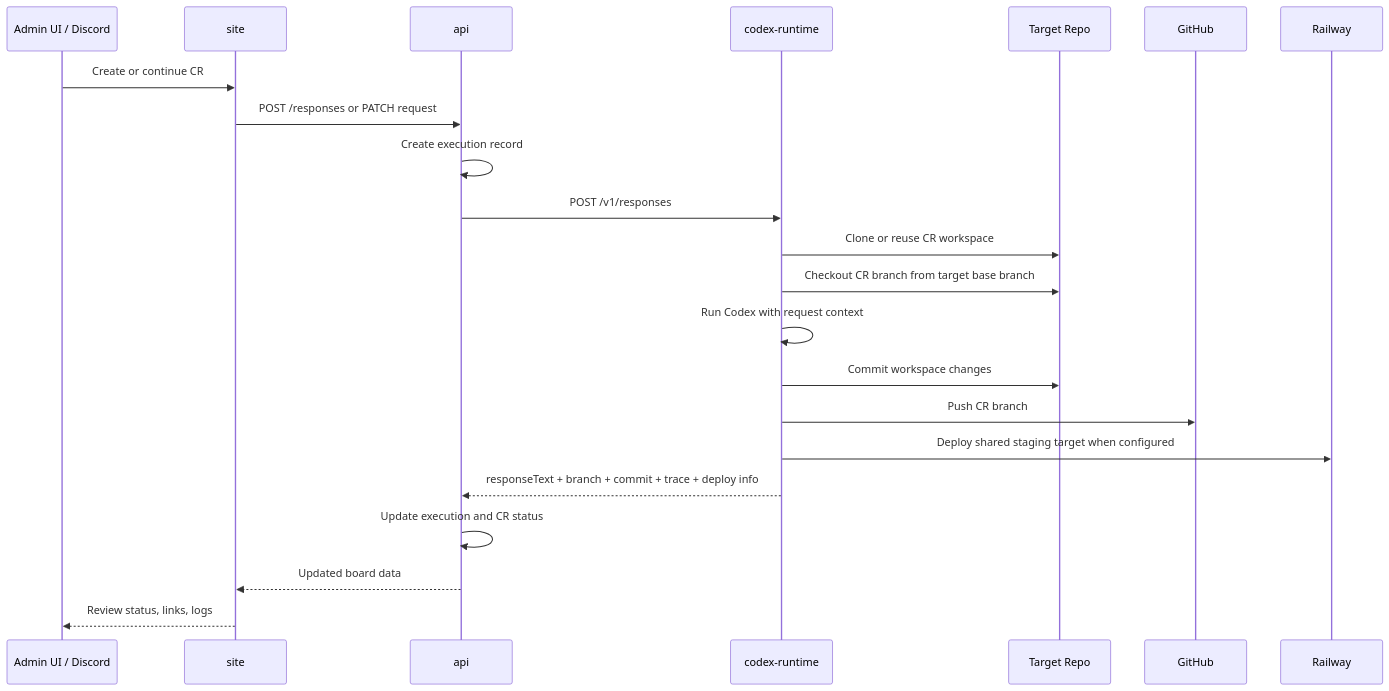
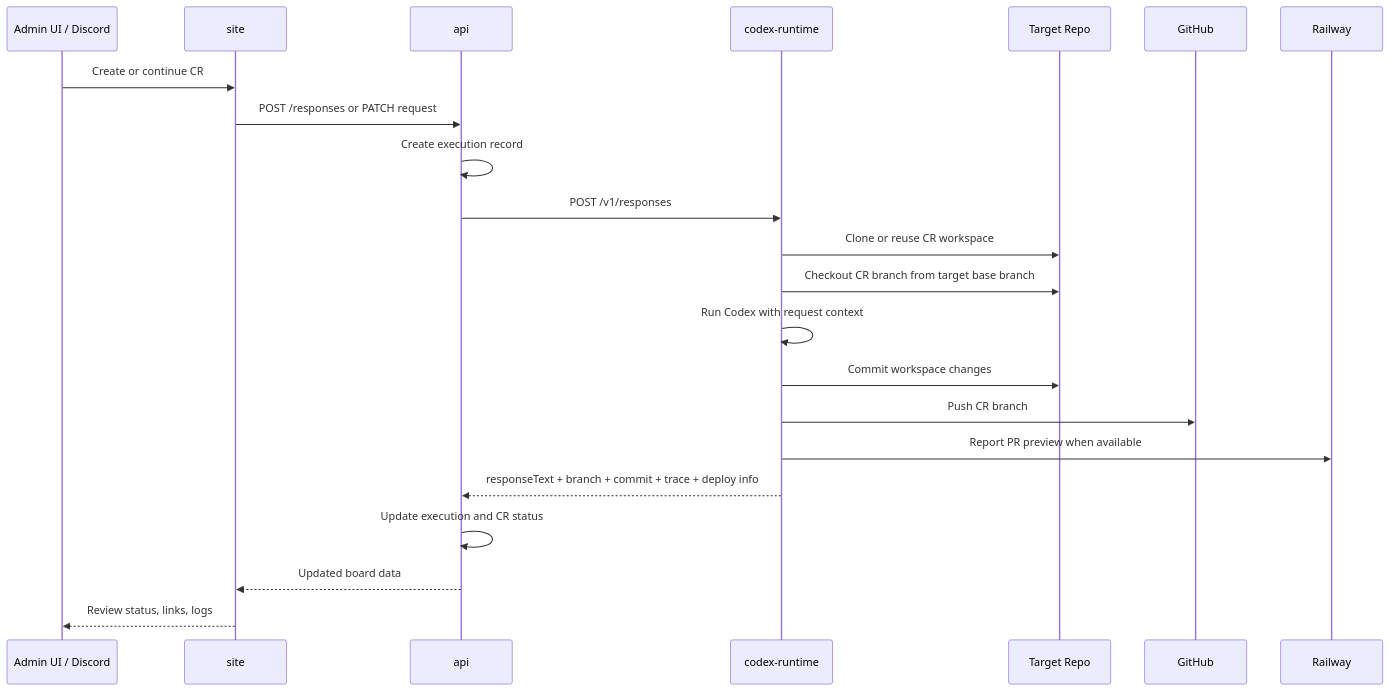
Before and after one commit to superprismio/prism-railway-template: the third of 7 diagrams in docs/change-request-flow.md, drawn with Mermaid. The commit also changed other lines of this file and 7 other files, not shown here.

Commit message:
Remove shared preview target references

````diff
--- a/docs/change-request-flow.md
+++ b/docs/change-request-flow.md
@@ -53,25 +53,25 @@
 ```mermaid
 sequenceDiagram
     participant Admin as Admin UI / Discord
     participant Site as site
     participant API as api
     participant Runtime as codex-runtime
     participant Repo as Target Repo
     participant GH as GitHub
     participant Railway as Railway
 
     Admin->>Site: Create or continue CR
     Site->>API: POST /responses or PATCH request
     API->>API: Create execution record
     API->>Runtime: POST /v1/responses
     Runtime->>Repo: Clone or reuse CR workspace
     Runtime->>Repo: Checkout CR branch from target base branch
     Runtime->>Runtime: Run Codex with request context
     Runtime->>Repo: Commit workspace changes
     Runtime->>GH: Push CR branch
-    Runtime->>Railway: Deploy shared staging target when configured
+    Runtime->>Railway: Report PR preview when available
     Runtime-->>API: responseText + branch + commit + trace + deploy info
     API->>API: Update execution and CR status
     API-->>Site: Updated board data
     Site-->>Admin: Review status, links, logs
 ```
````
